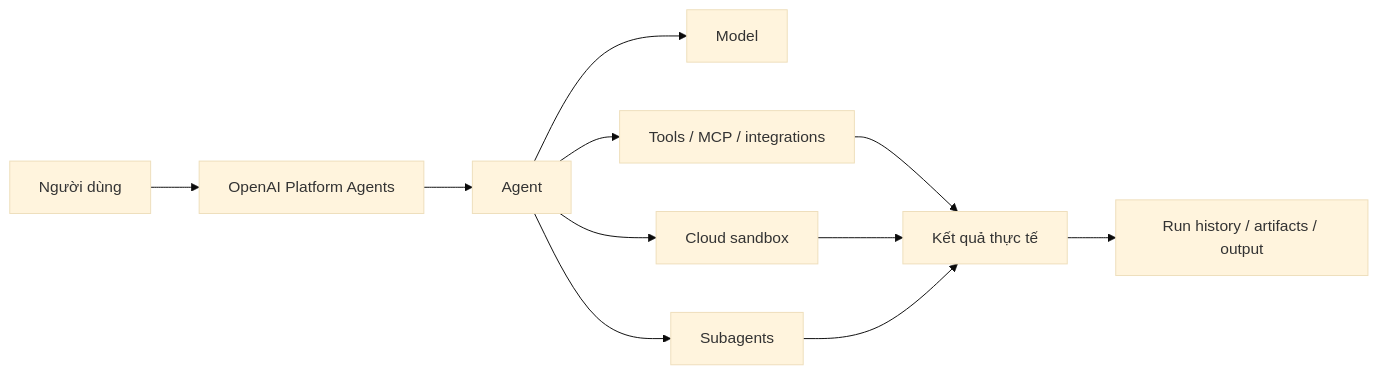
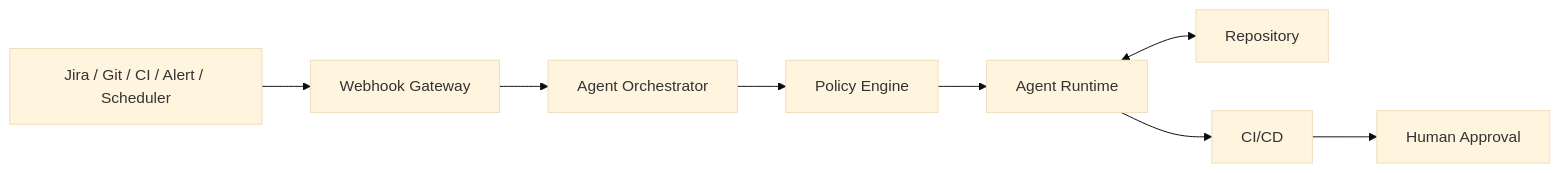
Before and after one commit to huynv-xyz/vhm: the first of 15 diagrams in OPENAI_AGENTS_GUIDE_VI.md, drawn with Mermaid (base theme). The commit also changed other lines of this file, not shown here.

````diff
--- a/OPENAI_AGENTS_GUIDE_VI.md
+++ b/OPENAI_AGENTS_GUIDE_VI.md
@@ -21,13 +77,16 @@
 ```mermaid
 flowchart LR
-    U[Người dùng] --> P[OpenAI Platform Agents]
-    P --> A[Agent]
-    A --> M[Model]
-    A --> T[Tools / MCP / integrations]
-    A --> S[Cloud sandbox]
-    A --> SUB[Subagents]
-    T --> R[Kết quả thực tế]
-    S --> R
-    SUB --> R
-    R --> H[Run history / artifacts / output]
+    SRC[Jira / Git / CI / Alert / Scheduler]
+    WH[Webhook Gateway]
+    ORC[Agent Orchestrator]
+    POL[Policy Engine]
+    AG[Agent Runtime]
+    REP[Repository]
+    CI[CI/CD]
+    HUM[Human Approval]
+
+    SRC --> WH --> ORC --> POL --> AG
+    AG <--> REP
+    AG --> CI
+    CI --> HUM
 ```
````
